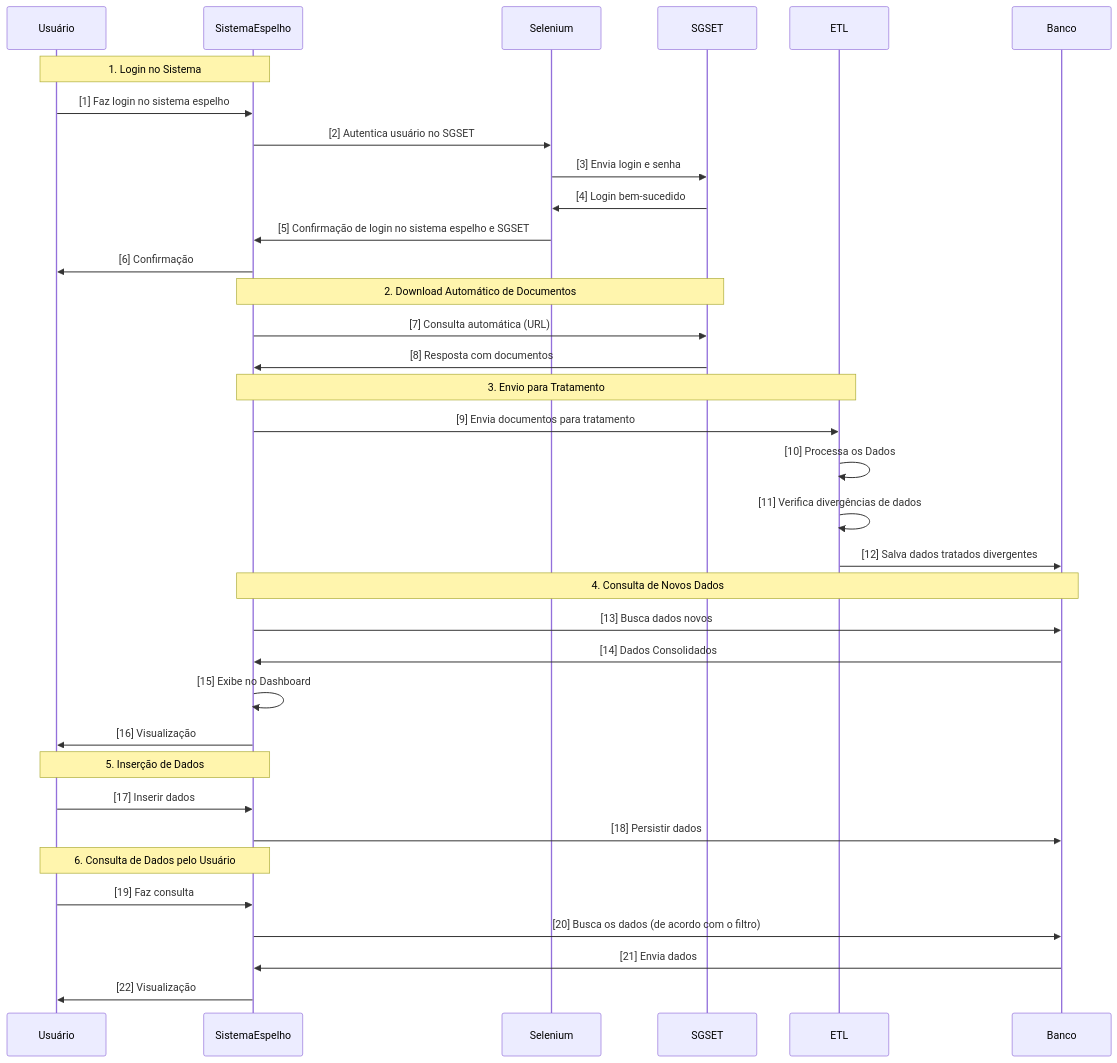
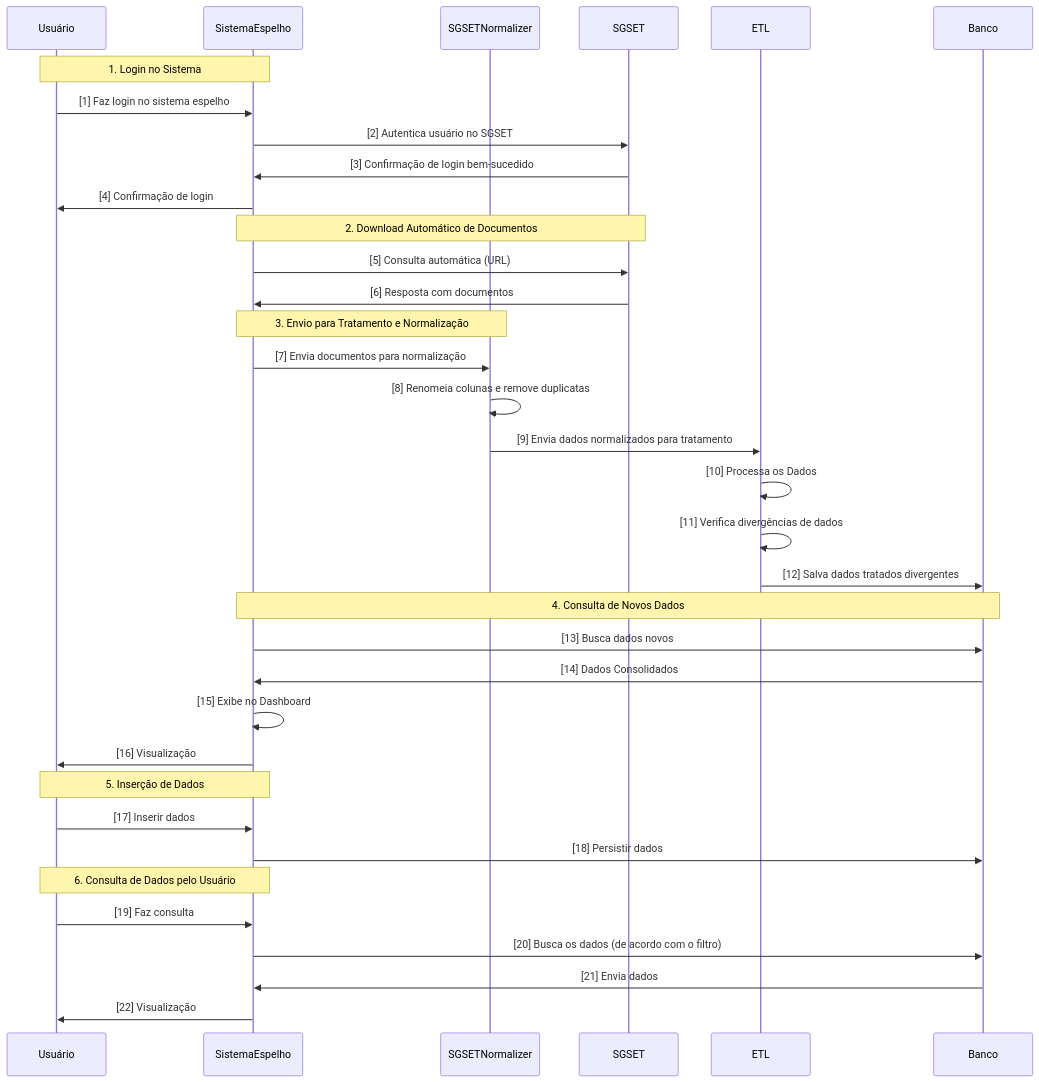
Before and after one commit to Gestao-FIC/ads_projeto_gestao_fic: the first of 3 diagrams in docs/backend/diagramas.md, drawn with Mermaid. The commit also changed other lines of this file, not shown here.

````diff
--- a/docs/backend/diagramas.md
+++ b/docs/backend/diagramas.md
@@ -5,49 +5,50 @@
 ```mermaid
 sequenceDiagram
     participant Usuário
     participant SistemaEspelho
-    participant Selenium
+    participant SGSETNormalizer
     participant SGSET
     participant ETL
     participant Banco
 
     %% 1 - Login no Sistema
     Note over Usuário,SistemaEspelho: 1. Login no Sistema
     Usuário ->> SistemaEspelho: [1] Faz login no sistema espelho
-    SistemaEspelho ->> Selenium: [2] Autentica usuário no SGSET
-    Selenium ->> SGSET: [3] Envia login e senha
-    SGSET ->> Selenium: [4] Login bem-sucedido
-    Selenium ->> SistemaEspelho: [5] Confirmação de login no sistema espelho e SGSET
-    SistemaEspelho ->> Usuário: [6] Confirmação
+    SistemaEspelho ->> SGSET: [2] Autentica usuário no SGSET
+    SGSET ->> SistemaEspelho: [3] Confirmação de login bem-sucedido
+    SistemaEspelho ->> Usuário: [4] Confirmação de login
 
     %% 2 - Download Automático de Documentos
     Note over SistemaEspelho,SGSET: 2. Download Automático de Documentos
-    SistemaEspelho ->> SGSET: [7] Consulta automática (URL)
-    SGSET ->> SistemaEspelho: [8] Resposta com documentos
+    SistemaEspelho ->> SGSET: [5] Consulta automática (URL)
+    SGSET ->> SistemaEspelho: [6] Resposta com documentos
 
-    %% 3 - Processamento de Dados
-    Note over SistemaEspelho,ETL: 3. Envio para Tratamento
-    SistemaEspelho ->> ETL: [9] Envia documentos para tratamento
+    %% 3 - Normalização e Processamento de Dados
+    Note over SistemaEspelho,SGSETNormalizer: 3. Envio para Tratamento e Normalização
+    SistemaEspelho ->> SGSETNormalizer: [7] Envia documentos para normalização
+    SGSETNormalizer ->> SGSETNormalizer: [8] Renomeia colunas e remove duplicatas
+    SGSETNormalizer ->> ETL: [9] Envia dados normalizados para tratamento
     ETL ->> ETL: [10] Processa os Dados
     ETL ->> ETL: [11] Verifica divergências de dados
     ETL ->> Banco: [12] Salva dados tratados divergentes
 
     %% 4 - Consulta de Dados Consolidados
     Note over SistemaEspelho,Banco: 4. Consulta de Novos Dados
     SistemaEspelho ->> Banco: [13] Busca dados novos
     Banco ->> SistemaEspelho: [14] Dados Consolidados
     SistemaEspelho ->> SistemaEspelho: [15] Exibe no Dashboard
     SistemaEspelho ->> Usuário: [16] Visualização
 
     %% 5 - Inserção de Dados pelo Usuário
     Note over Usuário,SistemaEspelho: 5. Inserção de Dados
     Usuário ->> SistemaEspelho: [17] Inserir dados
     SistemaEspelho ->> Banco: [18] Persistir dados
 
     %% 6 - Consulta Personalizada
     Note over Usuário,SistemaEspelho: 6. Consulta de Dados pelo Usuário
     Usuário ->> SistemaEspelho: [19] Faz consulta
     SistemaEspelho ->> Banco: [20] Busca os dados (de acordo com o filtro)
     Banco ->> SistemaEspelho: [21] Envia dados
     SistemaEspelho ->> Usuário: [22] Visualização
+
 ```
````
